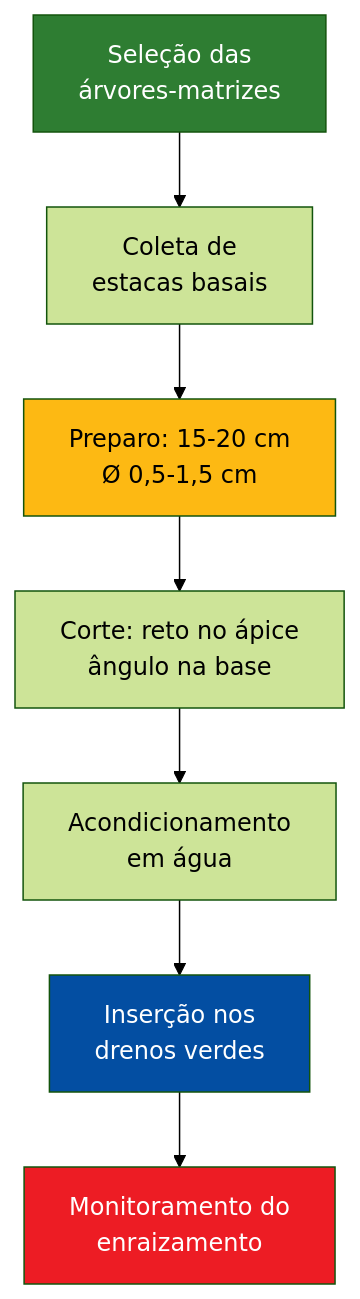
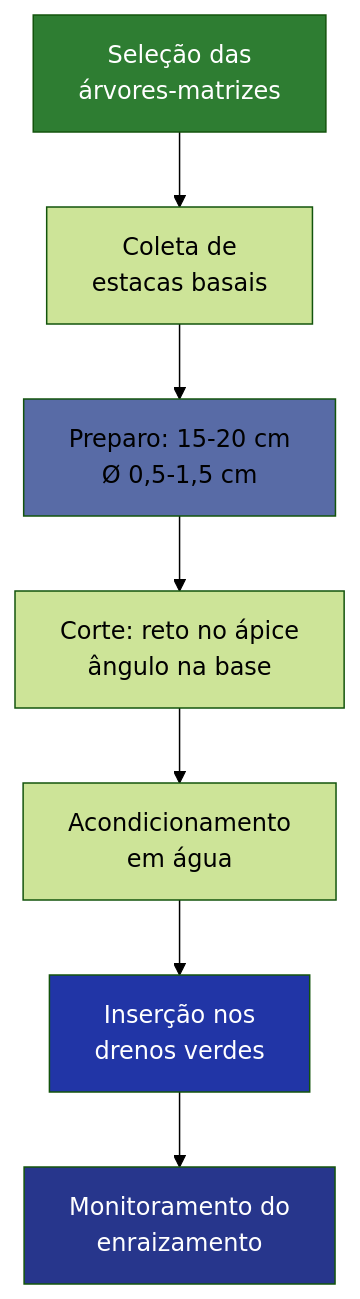
Before and after one commit to ldvsantos/cv: the seventh of 10 diagrams in aulas/bioengenharia_de_solos/aulas/feixes_vivos/feixes_vivos.qmd, drawn with Mermaid (forest theme). The commit also changed other lines of this file and 466 other files, not shown here.

````diff
--- a/aulas/bioengenharia_de_solos/aulas/feixes_vivos/feixes_vivos.qmd
+++ b/aulas/bioengenharia_de_solos/aulas/feixes_vivos/feixes_vivos.qmd
@@ -761,14 +759,14 @@
 ```{mermaid}
 %%| fig-width: 5
 graph TD
     A["Seleção das<br>árvores-matrizes"] --> B["Coleta de<br>estacas basais"]
     B --> C["Preparo: 15-20 cm<br>Ø 0,5-1,5 cm"]
     C --> D["Corte: reto no ápice<br>ângulo na base"]
     D --> E["Acondicionamento<br>em água"]
     E --> F["Inserção nos<br>drenos verdes"]
     F --> G["Monitoramento do<br>enraizamento"]
     style A fill:#2E7D32,color:#fff
-    style C fill:#FDB913,color:#000
-    style F fill:#034EA2,color:#fff
-    style G fill:#ED1C24,color:#fff
+    style C fill:#586BA6,color:#000
+    style F fill:#2135A6,color:#fff
+    style G fill:#27368C,color:#fff
 ```
````
